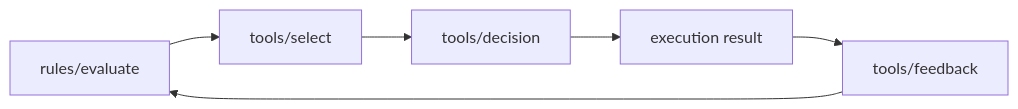
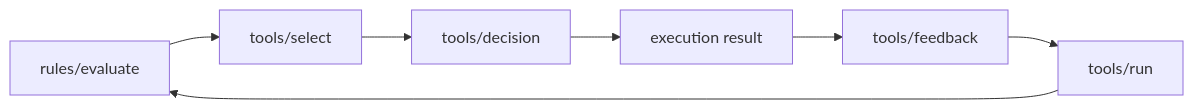
Before and after one commit to Cognary/Aionis: the diagram in docs/public/zh/policy-execution/00-policy-execution-loop.md, drawn with Mermaid. The commit also changed other lines of this file and 38 other files, not shown here.

````diff
--- a/docs/public/zh/policy-execution/00-policy-execution-loop.md
+++ b/docs/public/zh/policy-execution/00-policy-execution-loop.md
@@ -17,8 +18,9 @@
 ```mermaid
 flowchart LR
   A["rules/evaluate"] --> B["tools/select"]
   B --> C["tools/decision"]
   C --> D["execution result"]
   D --> E["tools/feedback"]
-  E --> A
+  E --> F["tools/run"]
+  F --> A
 ```
````
